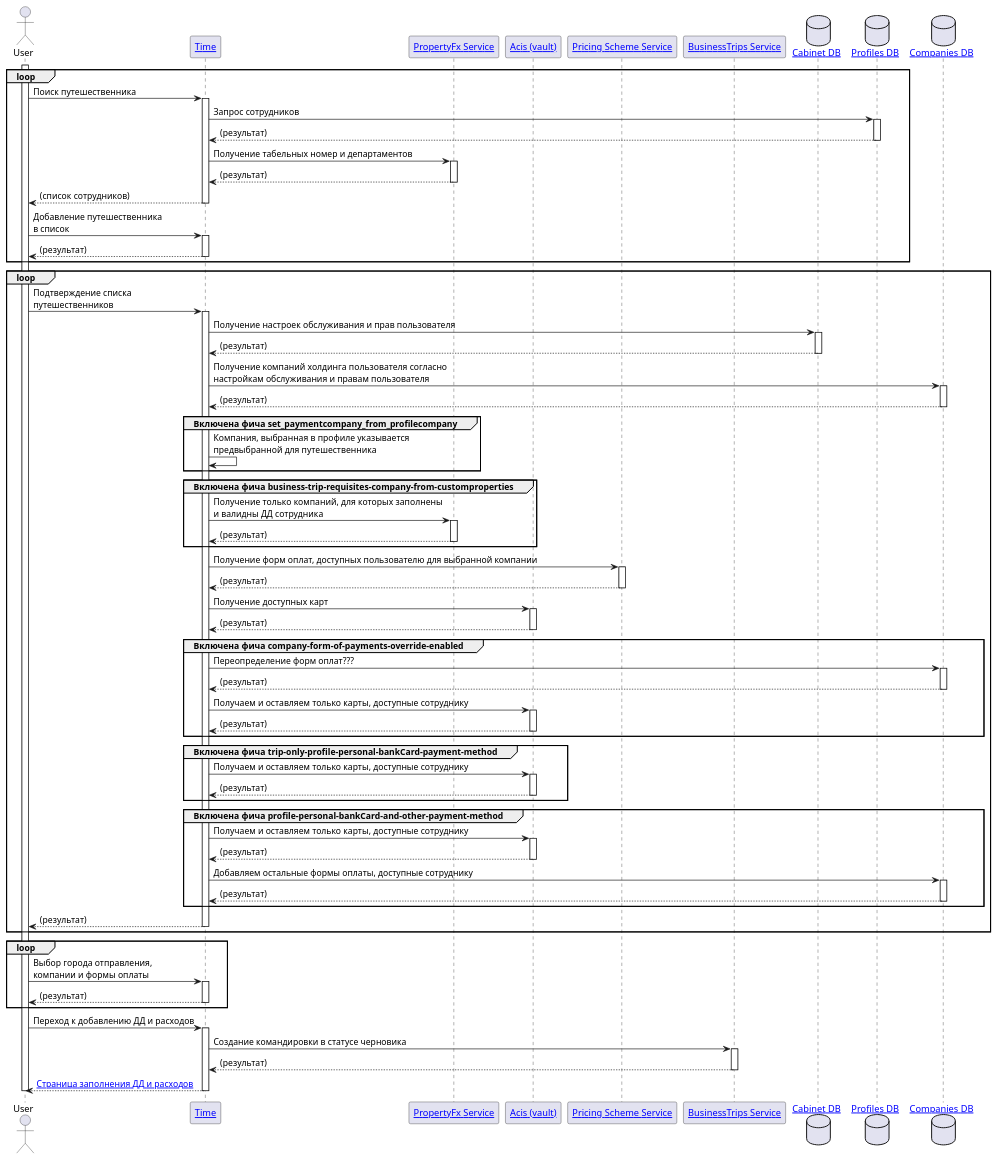
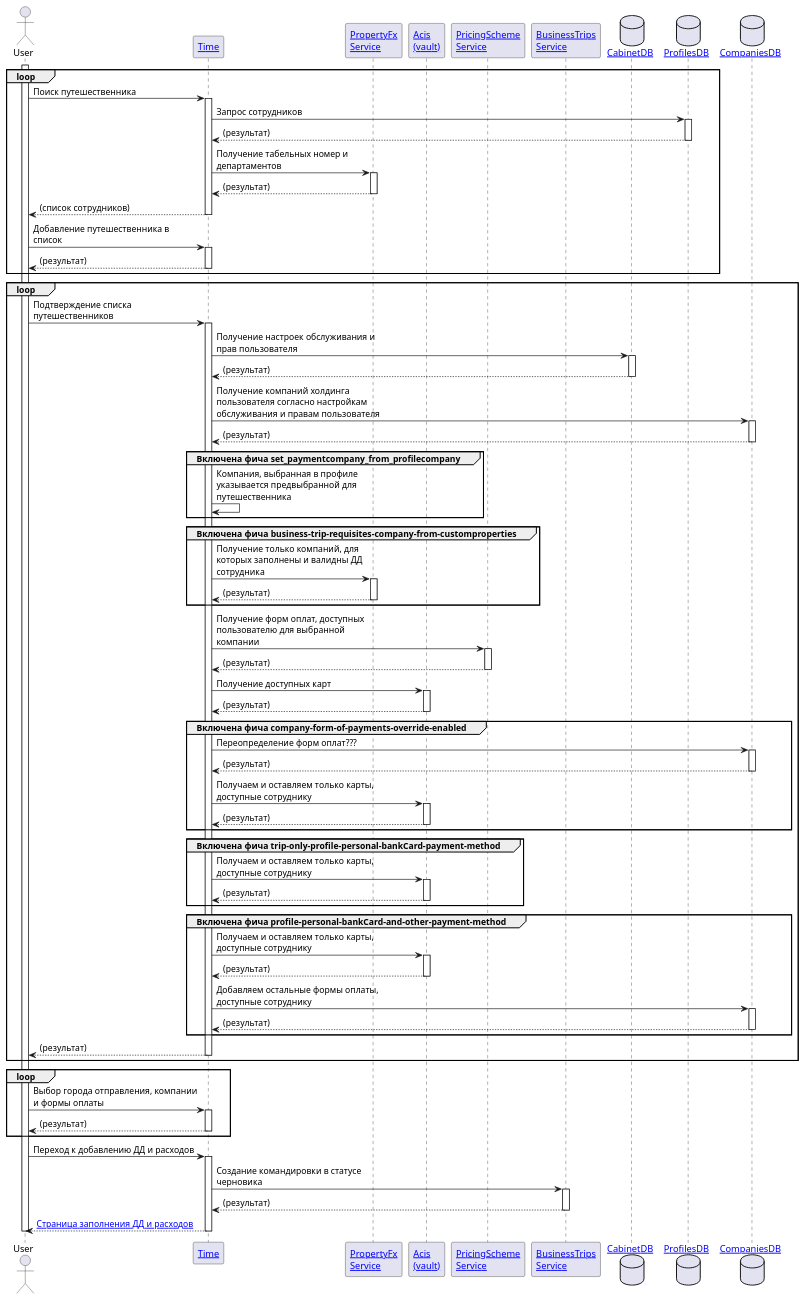
The diagram in workspace/arch/puml/time/businesstrip/creation/traveller.puml (aleksandr-bit1/test), drawn with PlantUML before and after one commit. The commit also changed 236 other files, not shown here.

```diff
--- a/workspace/arch/puml/time/businesstrip/creation/traveller.puml
+++ b/workspace/arch/puml/time/businesstrip/creation/traveller.puml
@@ -1,71 +1,73 @@
 @startuml
 'https://plantuml.com/sequence-diagram
 
+skinparam MaxMessageSize 250
+
 actor User
 participant "[[/architect/components/applications.time Time]]" as Time
-participant "[[/architect/components/services.propertyfx PropertyFx Service]]" as PropertyFx
-participant "[[/architect/components/services.vault Acis (vault)]]" as Acis
-participant "[[/architect/components/services.pricingscheme Pricing Scheme Service]]" as PricingScheme
-participant "[[/architect/components/services.businesstrips BusinessTrips Service]]" as BusinessTrips
-database "[[/architect/components/db.cabinet Cabinet DB]]" as Cabinet
-database "[[/architect/components/db.profiles Profiles DB]]" as Profiles
-database "[[/architect/components/db.companies Companies DB]]" as Companies
+participant "[[/architect/components/services.propertyfx PropertyFx\nService]]" as PropertyFx
+participant "[[/architect/components/services.vault Acis\n(vault)]]" as Acis
+participant "[[/architect/components/services.pricingscheme PricingScheme\nService]]" as PricingScheme
+participant "[[/architect/components/services.businesstrips BusinessTrips\nService]]" as BusinessTrips
+database "[[/architect/components/db.cabinet CabinetDB]]" as Cabinet
+database "[[/architect/components/db.profiles ProfilesDB]]" as Profiles
+database "[[/architect/components/db.companies CompaniesDB]]" as Companies
 
 activate User
 
 loop
     User -> Time ++ : Поиск путешественника
     Time -> Profiles ++ : Запрос сотрудников
     return (результат)
     Time -> PropertyFx ++ : Получение табельных номер и департаментов
     return (результат)
     return (список сотрудников)
-    User -> Time ++ : Добавление путешественника\nв список
+    User -> Time ++ : Добавление путешественника в список
     return (результат)
 end
 loop
-    User -> Time ++ : Подтверждение списка\nпутешественников
+    User -> Time ++ : Подтверждение списка путешественников
     Time -> Cabinet ++ : Получение настроек обслуживания и прав пользователя
     return (результат)
-    Time -> Companies ++ : Получение компаний холдинга пользователя согласно \nнастройкам обслуживания и правам пользователя
+    Time -> Companies ++ : Получение компаний холдинга пользователя согласно настройкам обслуживания и правам пользователя
     return (результат)
     group Включена фича set_paymentcompany_from_profilecompany
-        Time -> Time : Компания, выбранная в профиле указывается\nпредвыбранной для путешественника
+        Time -> Time : Компания, выбранная в профиле указывается предвыбранной для путешественника
     end
     group Включена фича business-trip-requisites-company-from-customproperties
-        Time -> PropertyFx ++ : Получение только компаний, для которых заполнены\nи валидны ДД сотрудника
+        Time -> PropertyFx ++ : Получение только компаний, для которых заполнены и валидны ДД сотрудника
         return (результат)
     end
     Time -> PricingScheme ++ : Получение форм оплат, доступных пользователю для выбранной компании
     return (результат)
     Time -> Acis ++ : Получение доступных карт
     return (результат)
     group Включена фича company-form-of-payments-override-enabled
         Time -> Companies ++ : Переопределение форм оплат???
         return (результат)
         Time -> Acis ++ : Получаем и оставляем только карты, доступные сотруднику
         return (результат)
     end
     group Включена фича trip-only-profile-personal-bankCard-payment-method
         Time -> Acis ++ : Получаем и оставляем только карты, доступные сотруднику
         return (результат)
     end
     group Включена фича profile-personal-bankCard-and-other-payment-method
         Time -> Acis ++ : Получаем и оставляем только карты, доступные сотруднику
         return (результат)
         Time -> Companies ++ : Добавляем остальные формы оплаты, доступные сотруднику
         return (результат)
     end
     return (результат)
 end
 loop
-    User -> Time ++ : Выбор города отправления,\nкомпании и формы оплаты
+    User -> Time ++ : Выбор города отправления, компании и формы оплаты
     return (результат)
 end
 User -> Time ++ : Переход к добавлению ДД и расходов
 Time -> BusinessTrips ++ : Создание командировки в статусе черновика
 return (результат)
 return [[applications.time.businesstrip.creation.custom_property Страница заполнения ДД и расходов]]
 
 deactivate User
 @enduml
```
